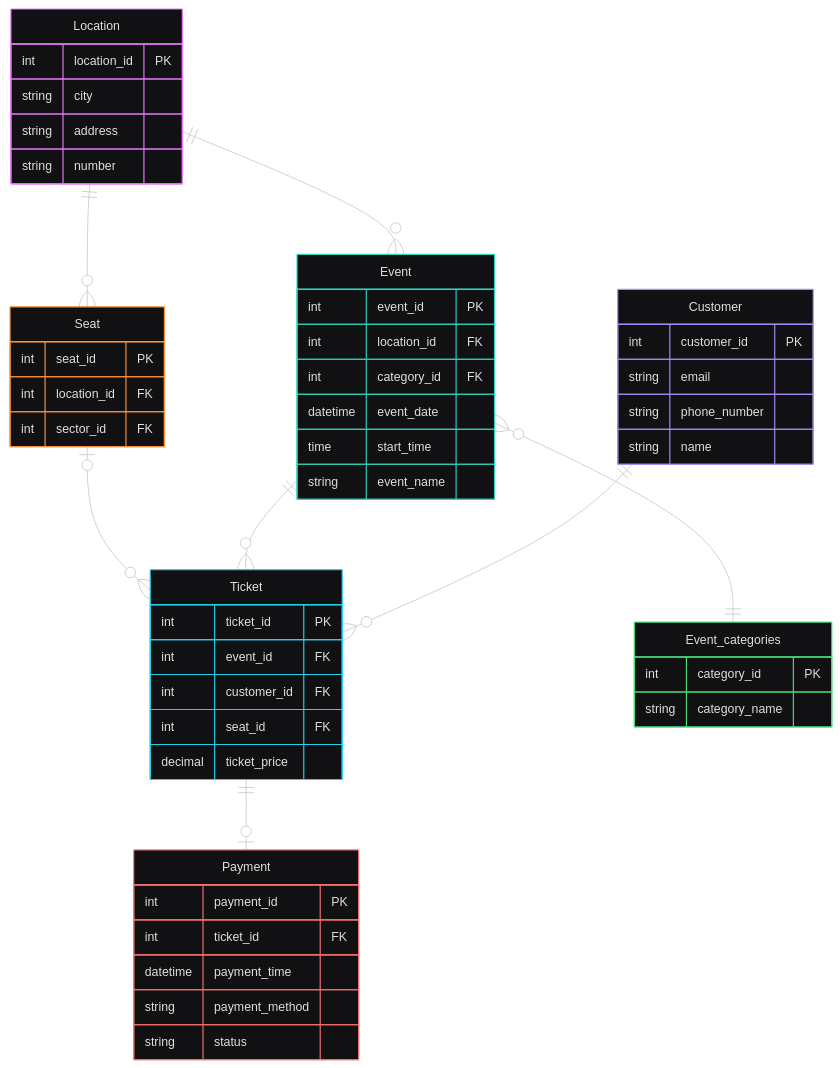
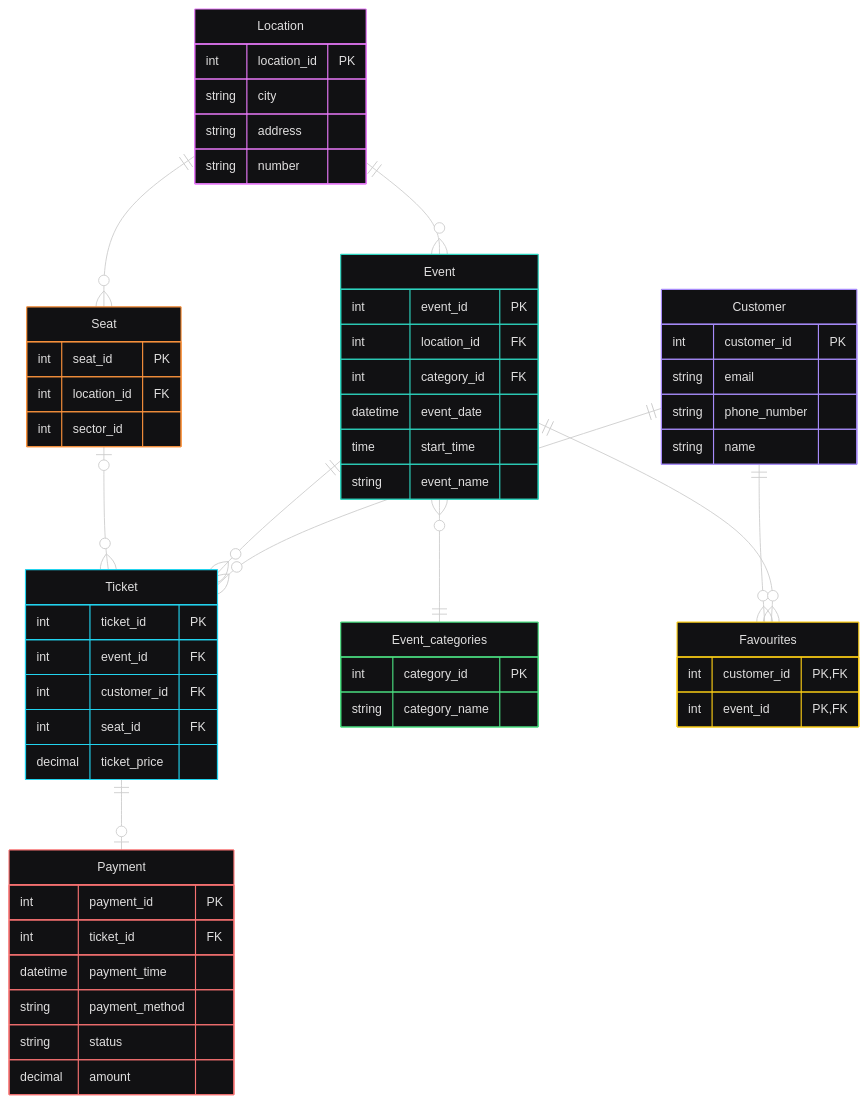
One commit to anastasiiaaz/2-course-mavpz changed the diagram in diagram.mmd. Above: the diagram before and after it, drawn with Mermaid.

Commit message:
feat: add entity 'favourites', remove FK from sector_id atribute

```diff
--- a/diagram.mmd
+++ b/diagram.mmd
@@ -1,63 +1,73 @@
 %%{
   init: {
     'theme': 'redux-dark-color'
   }
 }%%
 erDiagram
     Location ||--o{ Event : ""
     Location ||--o{ Seat : ""
     Seat |o--o{ Ticket : ""
     Event ||--o{ Ticket : ""
     Event }o--|| Event_categories : ""
     Customer ||--o{ Ticket : ""
     Ticket ||--o| Payment : ""
+    Customer ||--o{ Favourites : ""
+    Event ||--o{ Favourites : ""
 
     Location {
         int location_id PK
         string city
         string address
         string number
     }
 
     Event {
         int event_id PK
         int location_id FK
         int category_id FK
         datetime event_date
         time start_time
         string event_name
     }
 
     Event_categories {
         int category_id PK
         string category_name
     }
 
-    Payment {
-        int payment_id PK
-        int ticket_id FK
-        datetime payment_time
-        string payment_method
-        string status
-    }
-
     Customer {
         int customer_id PK
         string email
         string phone_number
         string name
+    }
+
+    Favourites{
+        int customer_id PK, FK
+        int event_id PK, FK
     }
 
     Ticket {
         int ticket_id PK
         int event_id FK
         int customer_id FK
         int seat_id FK
         decimal ticket_price
+        
     }
+    
+    Payment {
+        int payment_id PK
+        int ticket_id FK
+        datetime payment_time
+        string payment_method
+        string status
+        decimal amount
+    }
+
 
     Seat {
         int seat_id PK
         int location_id FK
-        int sector_id FK
+        int sector_id
     }
```
